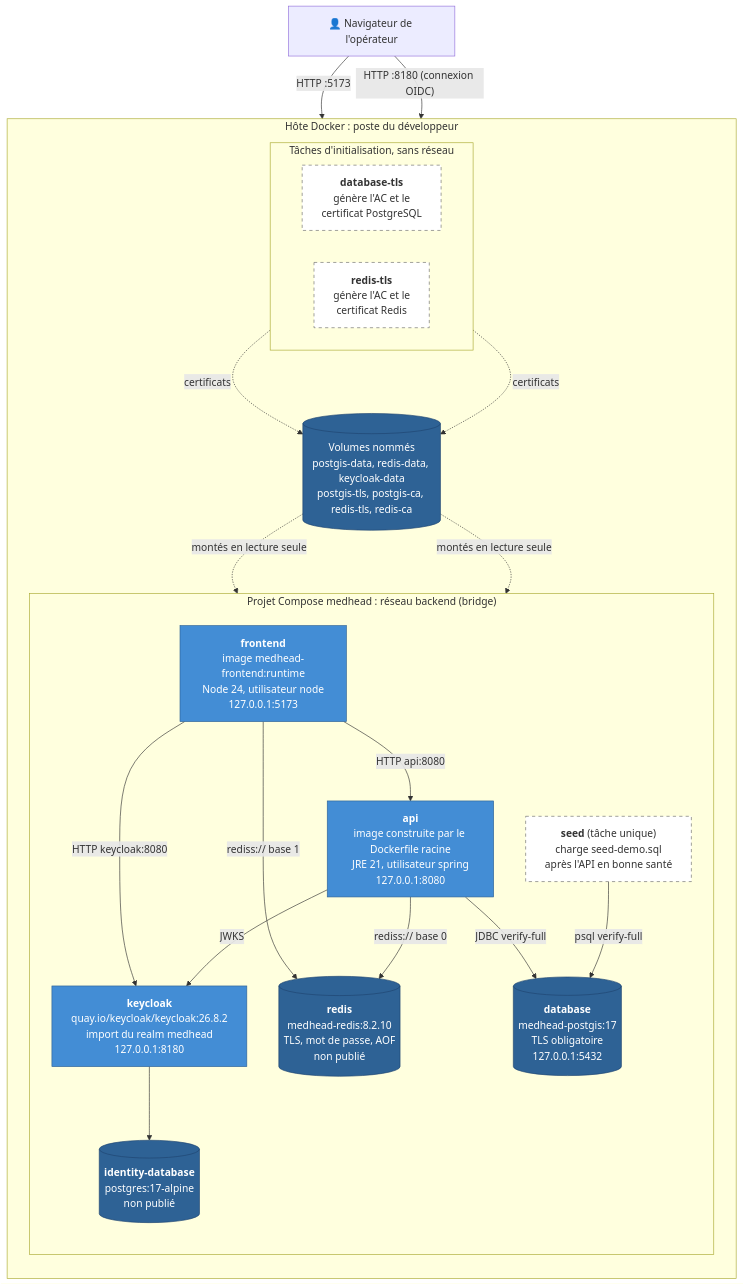
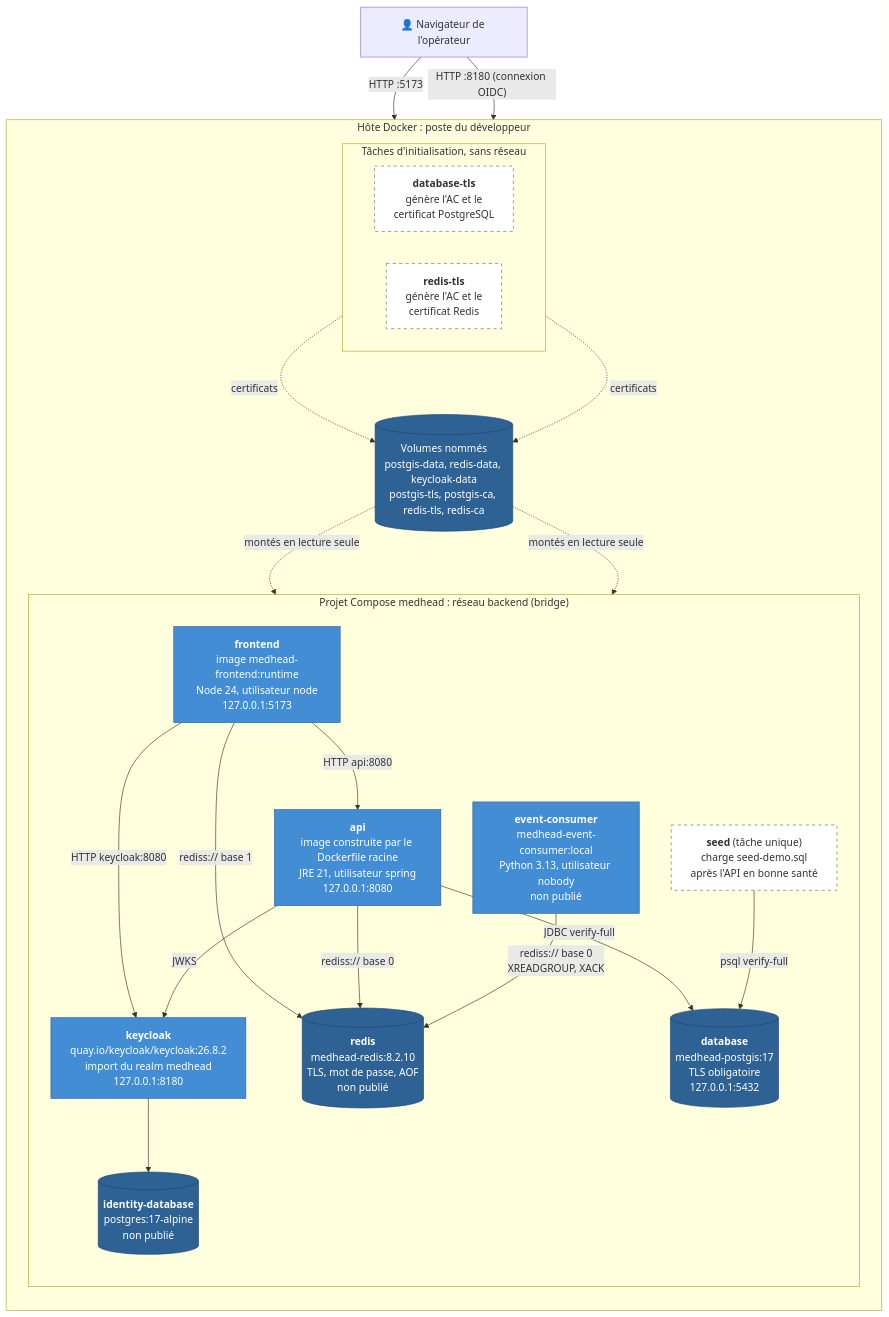
One commit to TheFatAndFurious/MedHead-architecture changed the first of 2 diagrams in diagrammes/deploiement.md. Above: the diagram before and after it, drawn with Mermaid. The commit also changed other lines of this file and 3 other files, not shown here.

````diff
--- a/diagrammes/deploiement.md
+++ b/diagrammes/deploiement.md
@@ -21,46 +21,48 @@
 ```mermaid
 flowchart TB
     navigateur["👤 Navigateur de l'opérateur"]
 
     subgraph hote["Hôte Docker : poste du développeur"]
         direction TB
         subgraph reseau["Projet Compose medhead : réseau backend (bridge)"]
             direction TB
             frontend["<b>frontend</b><br/>image medhead-frontend:runtime<br/>Node 24, utilisateur node<br/>127.0.0.1:5173"]
             api["<b>api</b><br/>image construite par le Dockerfile racine<br/>JRE 21, utilisateur spring<br/>127.0.0.1:8080"]
             keycloak["<b>keycloak</b><br/>quay.io/keycloak/keycloak:26.8.2<br/>import du realm medhead<br/>127.0.0.1:8180"]
             database[("<b>database</b><br/>medhead-postgis:17<br/>TLS obligatoire<br/>127.0.0.1:5432")]
             redis[("<b>redis</b><br/>medhead-redis:8.2.10<br/>TLS, mot de passe, AOF<br/>non publié")]
             identitydb[("<b>identity-database</b><br/>postgres:17-alpine<br/>non publié")]
+            consumer["<b>event-consumer</b><br/>medhead-event-consumer:local<br/>Python 3.13, utilisateur nobody<br/>non publié"]
             seed["<b>seed</b> (tâche unique)<br/>charge seed-demo.sql<br/>après l'API en bonne santé"]
         end
         subgraph init["Tâches d'initialisation, sans réseau"]
             direction LR
             dbtls["<b>database-tls</b><br/>génère l'AC et le<br/>certificat PostgreSQL"]
             redistls["<b>redis-tls</b><br/>génère l'AC et le<br/>certificat Redis"]
         end
         volumes[("Volumes nommés<br/>postgis-data, redis-data, keycloak-data<br/>postgis-tls, postgis-ca, redis-tls, redis-ca")]
     end
 
     navigateur -- "HTTP :5173" --> frontend
     navigateur -- "HTTP :8180 (connexion OIDC)" --> keycloak
     frontend -- "HTTP api:8080" --> api
     frontend -- "HTTP keycloak:8080" --> keycloak
     frontend -- "rediss:// base 1" --> redis
     api -- "JDBC verify-full" --> database
     api -- "rediss:// base 0" --> redis
     api -- "JWKS" --> keycloak
+    consumer -- "rediss:// base 0<br/>XREADGROUP, XACK" --> redis
     keycloak --> identitydb
     seed -- "psql verify-full" --> database
     dbtls -. "certificats" .-> volumes
     redistls -. "certificats" .-> volumes
     volumes -. "montés en lecture seule" .-> database
     volumes -. "montés en lecture seule" .-> redis
 
     classDef appli fill:#438dd5,stroke:#2e6295,color:#ffffff
     classDef stockage fill:#2e6295,stroke:#1e4470,color:#ffffff
     classDef tache fill:#ffffff,stroke:#6b6b6b,color:#333333,stroke-dasharray:5 5
-    class frontend,api,keycloak appli
+    class frontend,api,keycloak,consumer appli
     class database,redis,identitydb,volumes stockage
     class seed,dbtls,redistls tache
 ```
````
